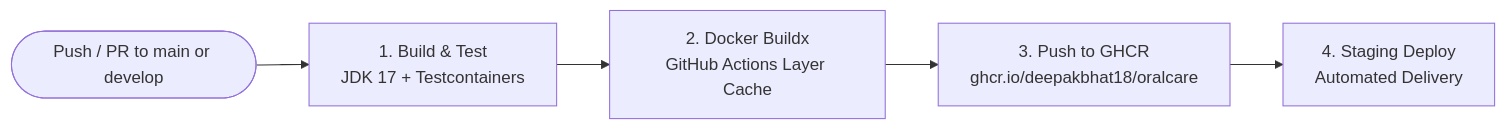
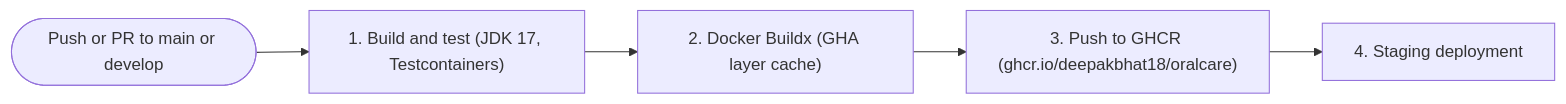
The third of 3 diagrams in README.md (deepakbhat18/oralcare), drawn with Mermaid before and after one commit. The commit also changed other lines of this file, not shown here.

````diff
--- a/README.md
+++ b/README.md
@@ -377,7 +316,7 @@
 ```mermaid
 flowchart LR
-    Push([Push / PR to main or develop]) --> TestJob[1. Build & Test<br/>JDK 17 + Testcontainers]
-    TestJob --> DockerJob[2. Docker Buildx<br/>GitHub Actions Layer Cache]
-    DockerJob --> GHCR[3. Push to GHCR<br/>ghcr.io/deepakbhat18/oralcare]
-    GHCR --> DeployJob[4. Staging Deploy<br/>Automated Delivery]
+    Push(["Push or PR to main or develop"]) --> Test["1. Build and test (JDK 17, Testcontainers)"]
+    Test --> Docker["2. Docker Buildx (GHA layer cache)"]
+    Docker --> GHCR["3. Push to GHCR (ghcr.io/deepakbhat18/oralcare)"]
+    GHCR --> Deploy["4. Staging deployment"]
 ```
````
